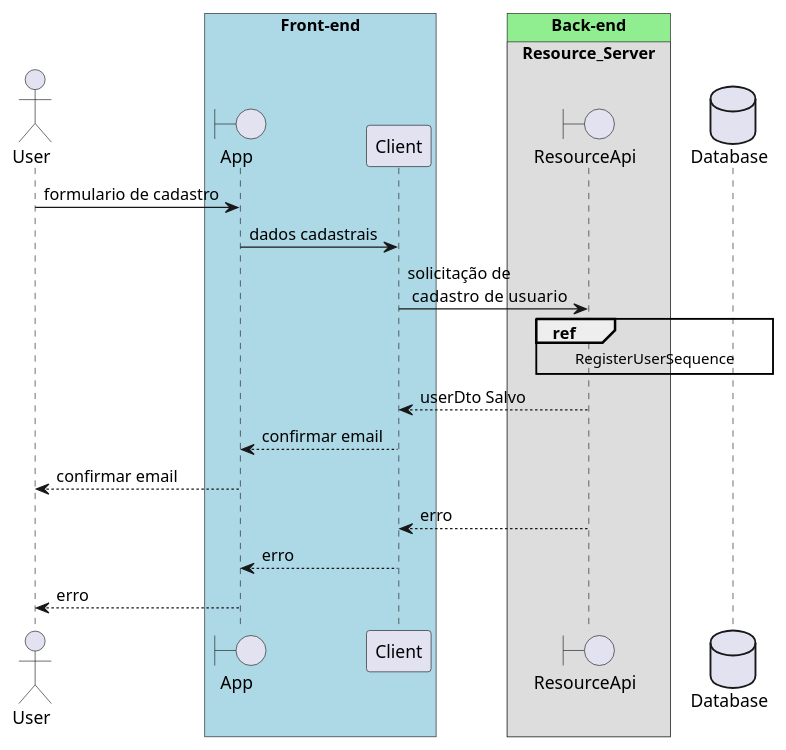
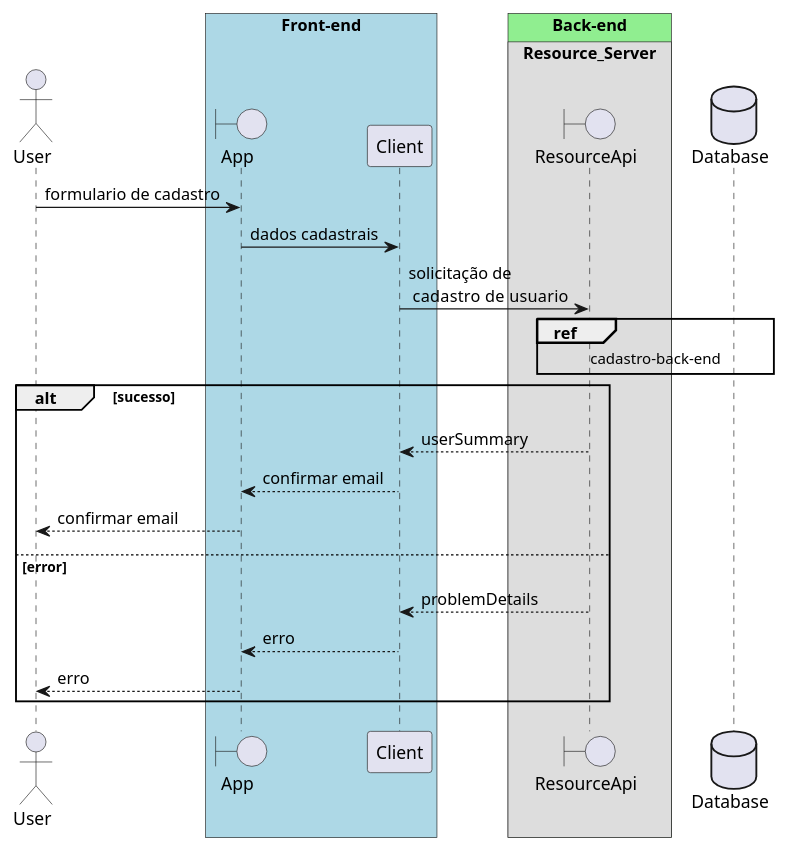
One commit to TCC-Vertebral-Column-Monitor/doc changed the diagram in sequence/cadastro.plantuml. Above: the diagram before and after it, drawn with PlantUML. The commit also changed 2 other files, not shown here.

Commit message:
update diagrama de cadastro

```diff
--- a/sequence/cadastro.plantuml
+++ b/sequence/cadastro.plantuml
@@ -1,32 +1,35 @@
 @startuml SignUp_sequence
 !pragma teoz true
 
 actor User as user 
 
 box "Front-end" #LightBlue
     boundary App as app
     participant Client as client
 end box 
 
 box "Back-end" #LightGreen
 
     box "Resource_Server"
         boundary ResourceApi  as resource_api   
     end box 
 
 end box 
 database Database as DB
 
 user -> app : formulario de cadastro 
 app -> client : dados cadastrais 
 client -> resource_api: solicitação de \n cadastro  de usuario 
-ref over resource_api, DB:  RegisterUserSequence
-    resource_api --> client: userDto Salvo
+ref over resource_api, DB:  cadastro-back-end
+alt sucesso 
+    resource_api --> client: userSummary
     client --> app: confirmar email 
     app --> user : confirmar email 
-    resource_api --> client: erro
+else error  
+    resource_api --> client: problemDetails
     client --> app : erro
     app --> user: erro
-
+end
+    
 
 @enduml
```
